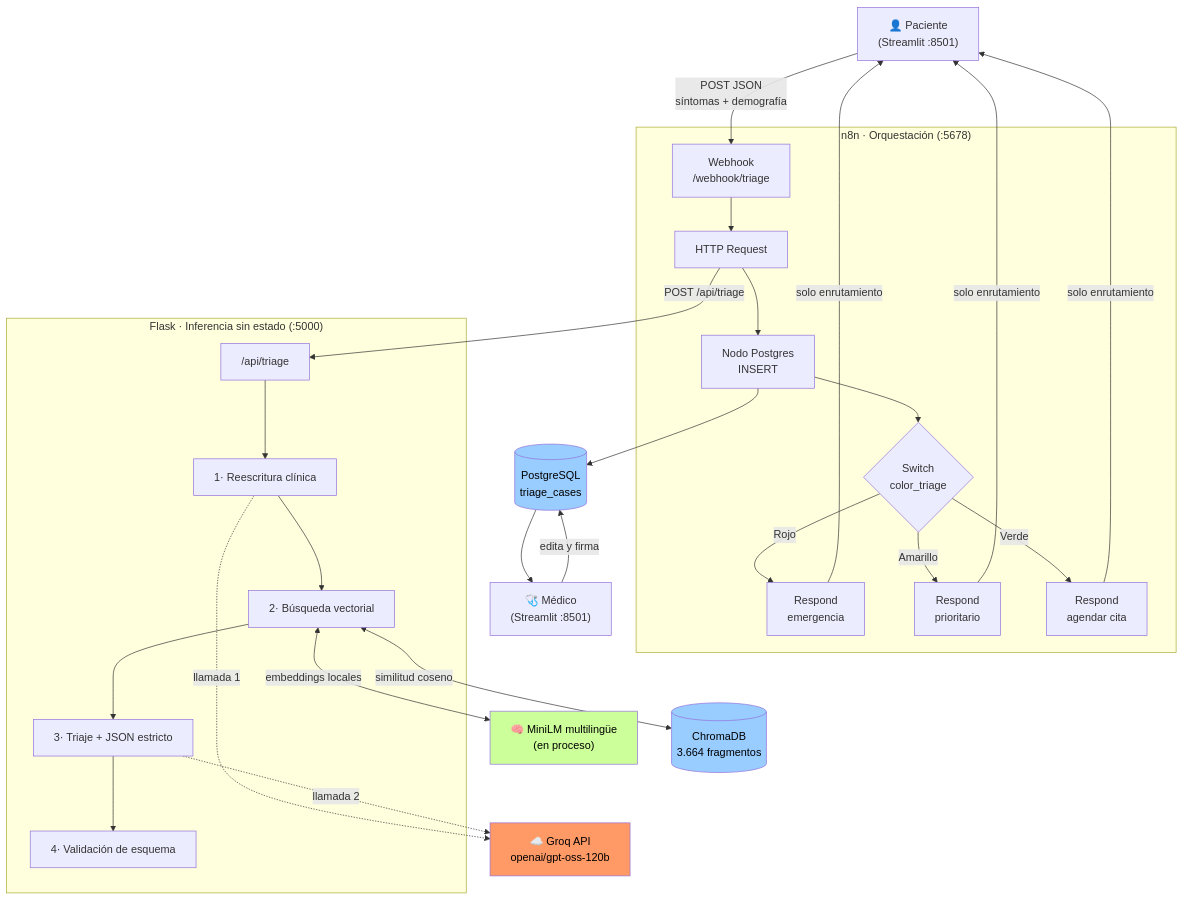
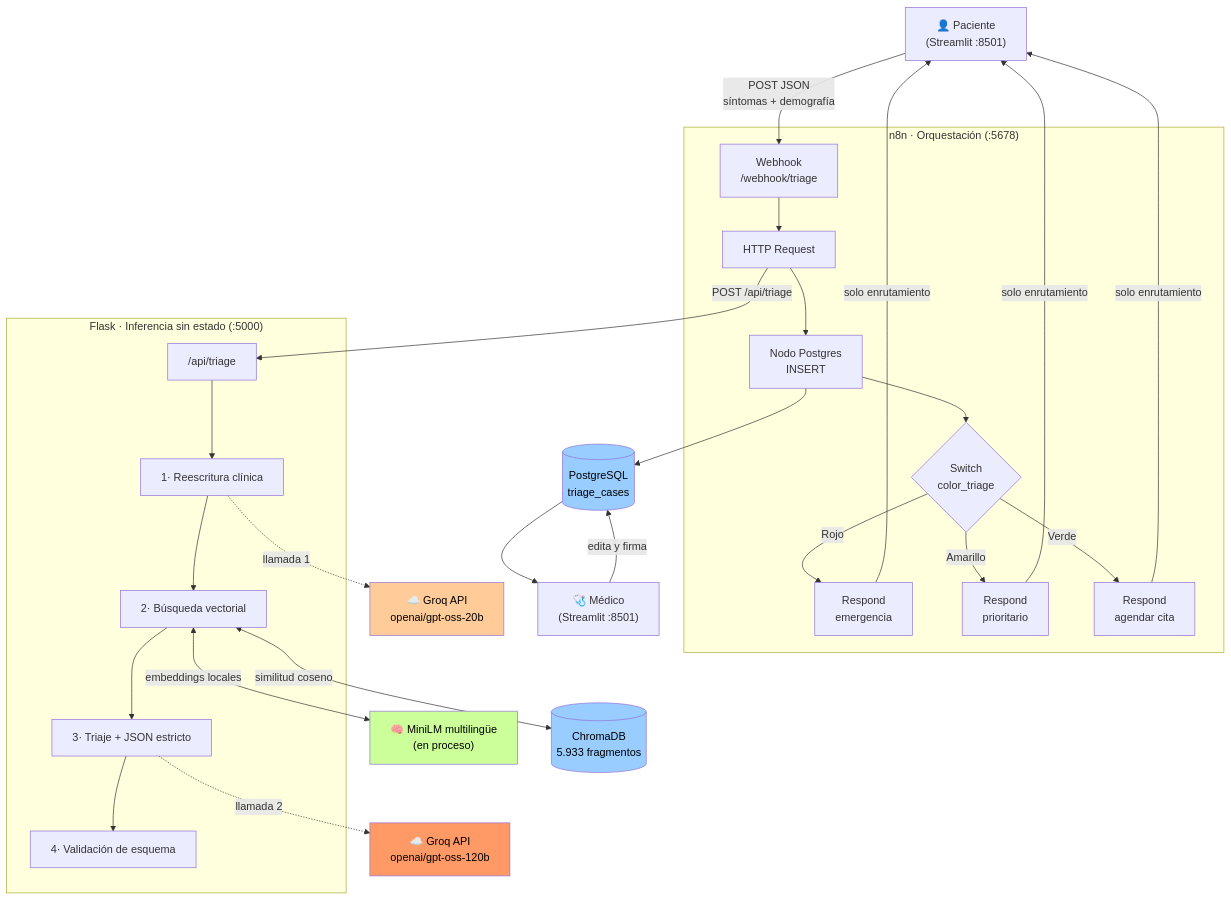
The diagram in ARCHITECTURE.md (VinicioStalinSalcedo/triage-bot), drawn with Mermaid before and after one commit. The commit also changed other lines of this file and 6 other files, not shown here.

````diff
--- a/ARCHITECTURE.md
+++ b/ARCHITECTURE.md
@@ -10,38 +10,39 @@
 ```mermaid
 flowchart TD
     P["👤 Paciente<br/>(Streamlit :8501)"] -->|"POST JSON<br/>síntomas + demografía"| W
 
     subgraph N8N["n8n · Orquestación (:5678)"]
         W["Webhook<br/>/webhook/triage"] --> H["HTTP Request"]
         H --> PG["Nodo Postgres<br/>INSERT"]
         PG --> SW{"Switch<br/>color_triage"}
         SW -->|Rojo| R1["Respond<br/>emergencia"]
         SW -->|Amarillo| R2["Respond<br/>prioritario"]
         SW -->|Verde| R3["Respond<br/>agendar cita"]
     end
 
     H -->|"POST /api/triage"| F
 
     subgraph BACK["Flask · Inferencia sin estado (:5000)"]
         F["/api/triage"] --> Q["1· Reescritura clínica"]
         Q --> V["2· Búsqueda vectorial"]
         V --> L["3· Triaje + JSON estricto"]
         L --> VAL["4· Validación de esquema"]
     end
 
-    Q -.->|"llamada 1"| G["☁️ Groq API<br/>openai/gpt-oss-120b"]
-    L -.->|"llamada 2"| G
+    Q -.->|"llamada 1"| G2["☁️ Groq API<br/>openai/gpt-oss-20b"]
+    L -.->|"llamada 2"| G["☁️ Groq API<br/>openai/gpt-oss-120b"]
     V <-->|"embeddings locales"| E["🧠 MiniLM multilingüe<br/>(en proceso)"]
-    V <-->|"similitud coseno"| C[("ChromaDB<br/>3.664 fragmentos")]
+    V <-->|"similitud coseno"| C[("ChromaDB<br/>5.933 fragmentos")]
 
     PG --> DB[("PostgreSQL<br/>triage_cases")]
     R1 & R2 & R3 -->|"solo enrutamiento"| P
 
     DB --> M["🩺 Médico<br/>(Streamlit :8501)"]
     M -->|"edita y firma"| DB
 
     style G fill:#f96,color:#000
+    style G2 fill:#fc9,color:#000
     style C fill:#9cf,color:#000
     style DB fill:#9cf,color:#000
     style E fill:#cf9,color:#000
 ```
````
